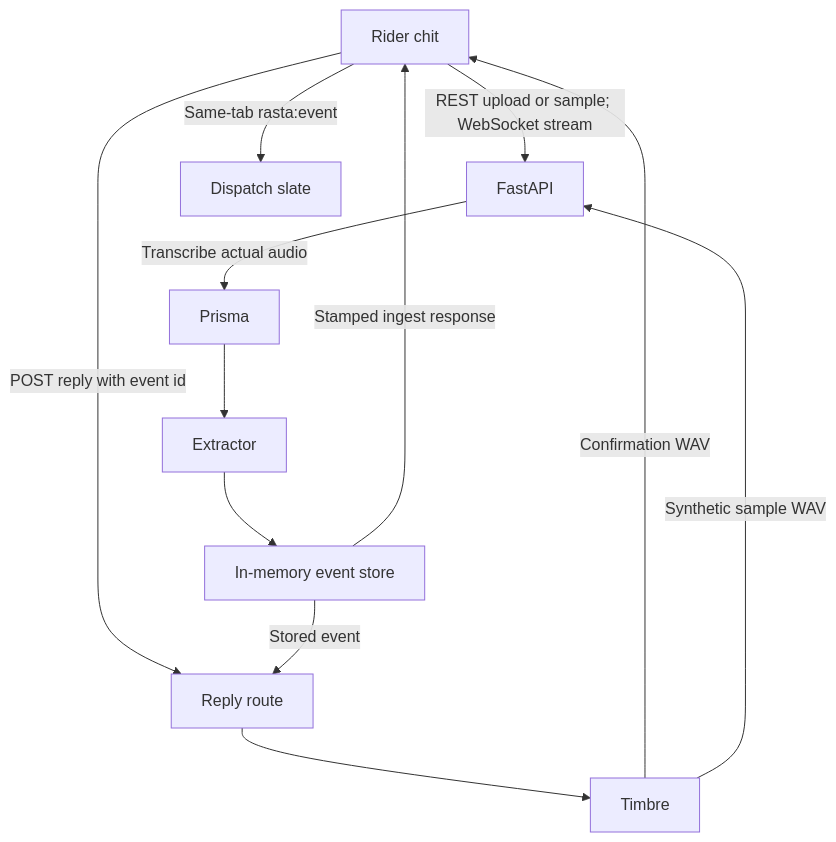
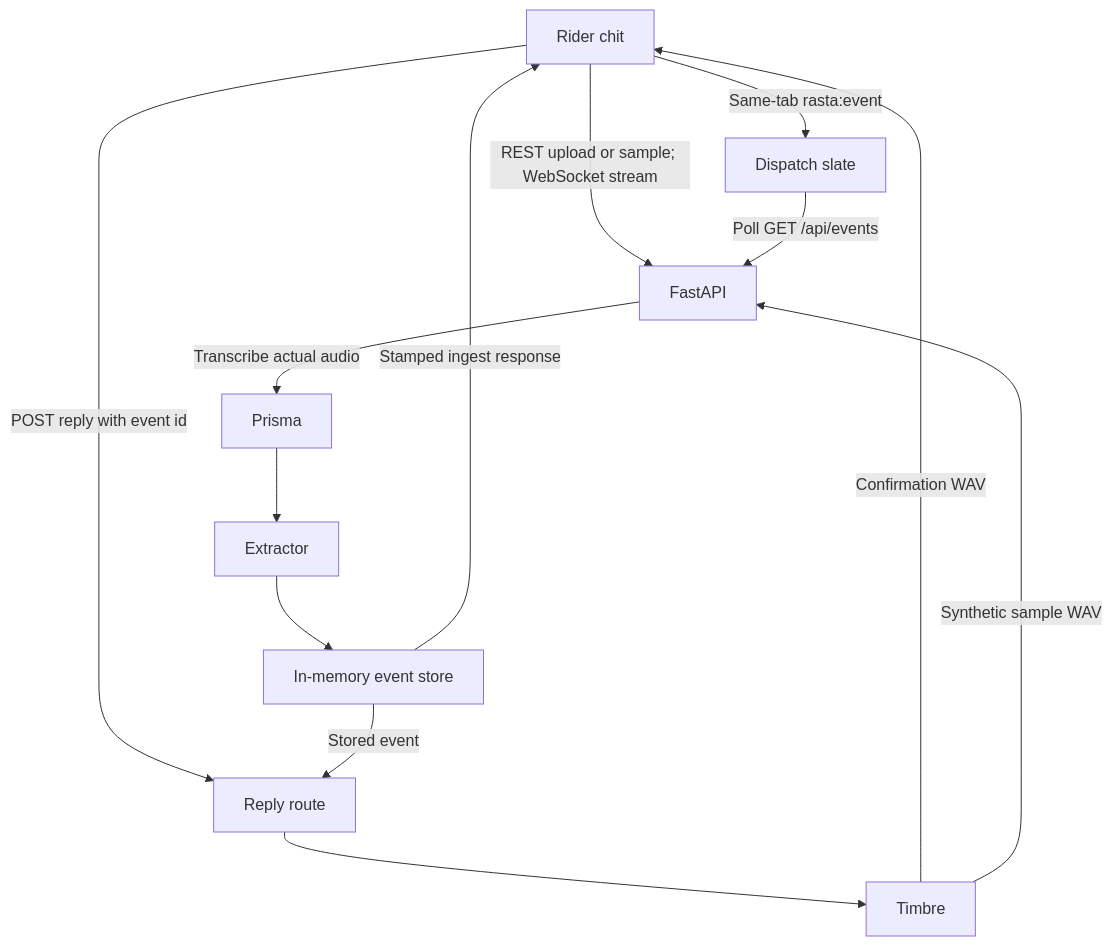
One commit to CodewithJha/rasta-voice changed the diagram in docs/ARCHITECTURE.md. Above: the diagram before and after it, drawn with Mermaid. The commit also changed other lines of this file and 10 other files, not shown here.

````diff
--- a/docs/ARCHITECTURE.md
+++ b/docs/ARCHITECTURE.md
@@ -10,14 +10,15 @@
 ```mermaid
 flowchart TD
   rider["Rider chit"] -->|"REST upload or sample; WebSocket stream"| api["FastAPI"]
   api -->|"Transcribe actual audio"| prisma["Prisma"]
   prisma --> extract["Extractor"]
   extract --> store["In-memory event store"]
   store -->|"Stamped ingest response"| rider
   rider -->|"Same-tab rasta:event"| slate["Dispatch slate"]
+  slate -->|"Poll GET /api/events"| api
   rider -->|"POST reply with event id"| reply["Reply route"]
   store -->|"Stored event"| reply
   reply --> timbre["Timbre"]
   timbre -->|"Confirmation WAV"| rider
   timbre -->|"Synthetic sample WAV"| api
 ```
````
